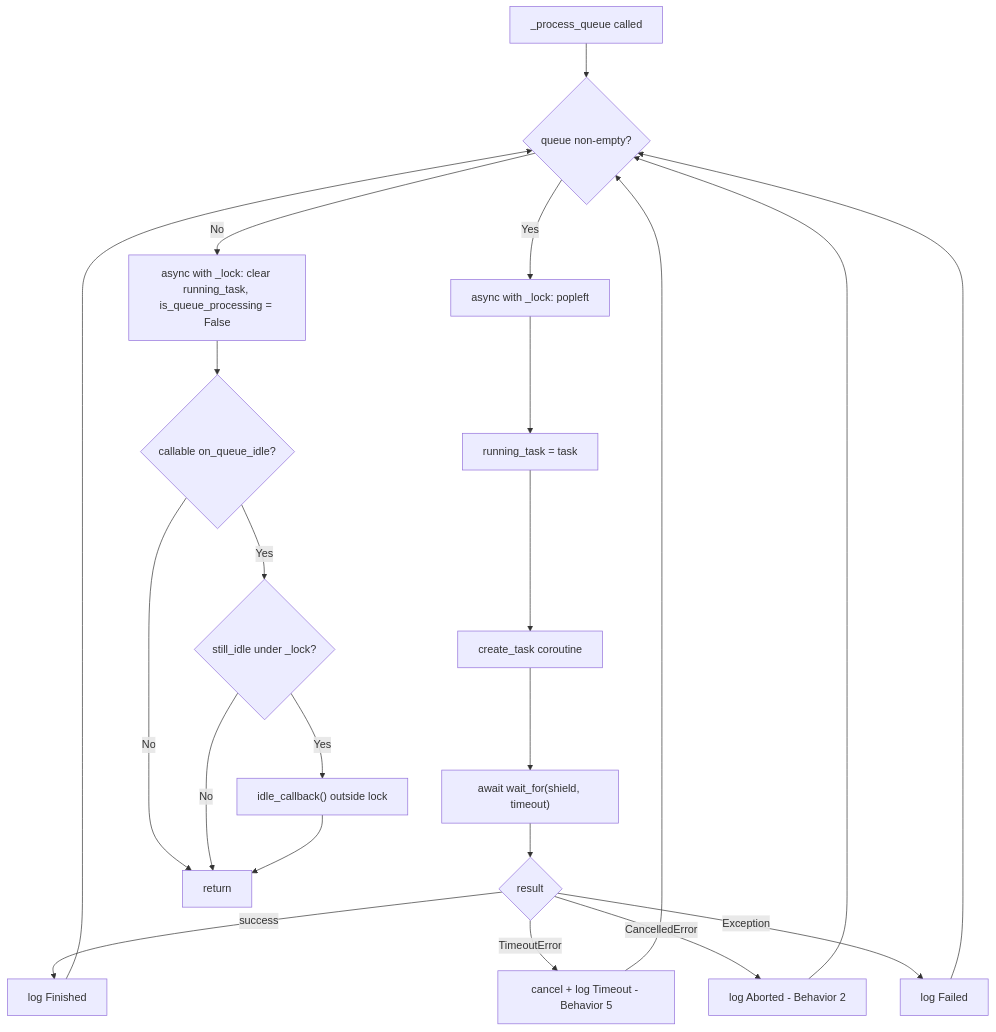
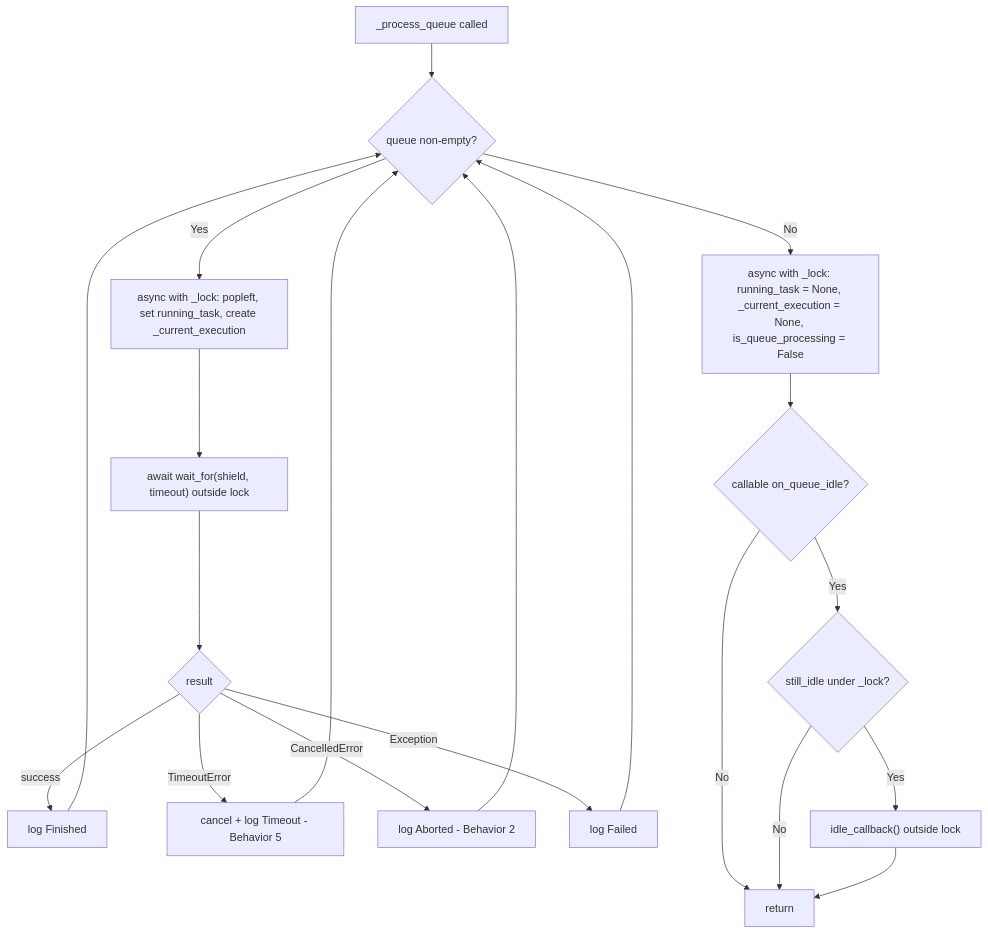
One commit to scoville/test_filter_queue changed the fourth of 9 diagrams in .cursor/plans/system_architecture_workflow_b2d79ca7.plan.md. Above: the diagram before and after it, drawn with Mermaid. The commit also changed other lines of this file and 3 other files, not shown here.

````diff
--- a/.cursor/plans/system_architecture_workflow_b2d79ca7.plan.md
+++ b/.cursor/plans/system_architecture_workflow_b2d79ca7.plan.md
@@ -160,24 +164,22 @@
 ```mermaid
 flowchart TD
     Start[_process_queue called] --> Loop{queue non-empty?}
-    Loop -->|Yes| LockPop[async with _lock: popleft]
-    LockPop --> Run[running_task = task]
-    Run --> Create[create_task coroutine]
-    Create --> Wait["await wait_for(shield, timeout)"]
+    Loop -->|Yes| LockPop["async with _lock: popleft, set running_task, create _current_execution"]
+    LockPop --> Wait["await wait_for(shield, timeout) outside lock"]
     Wait --> Outcome{result}
     Outcome -->|success| LogDone[log Finished]
     Outcome -->|TimeoutError| LogTimeout[cancel + log Timeout - Behavior 5]
     Outcome -->|CancelledError| LogAbort[log Aborted - Behavior 2]
     Outcome -->|Exception| LogError[log Failed]
     LogDone --> Loop
     LogTimeout --> Loop
     LogAbort --> Loop
     LogError --> Loop
-    Loop -->|No| Reset["async with _lock: clear running_task, is_queue_processing = False"]
+    Loop -->|No| Reset["async with _lock: running_task = None, _current_execution = None, is_queue_processing = False"]
     Reset --> IdleCheck{callable on_queue_idle?}
     IdleCheck -->|No| Done[return]
     IdleCheck -->|Yes| StillIdle{still_idle under _lock?}
     StillIdle -->|No| Done
     StillIdle -->|Yes| Invoke["idle_callback() outside lock"]
     Invoke --> Done
 ```
````
